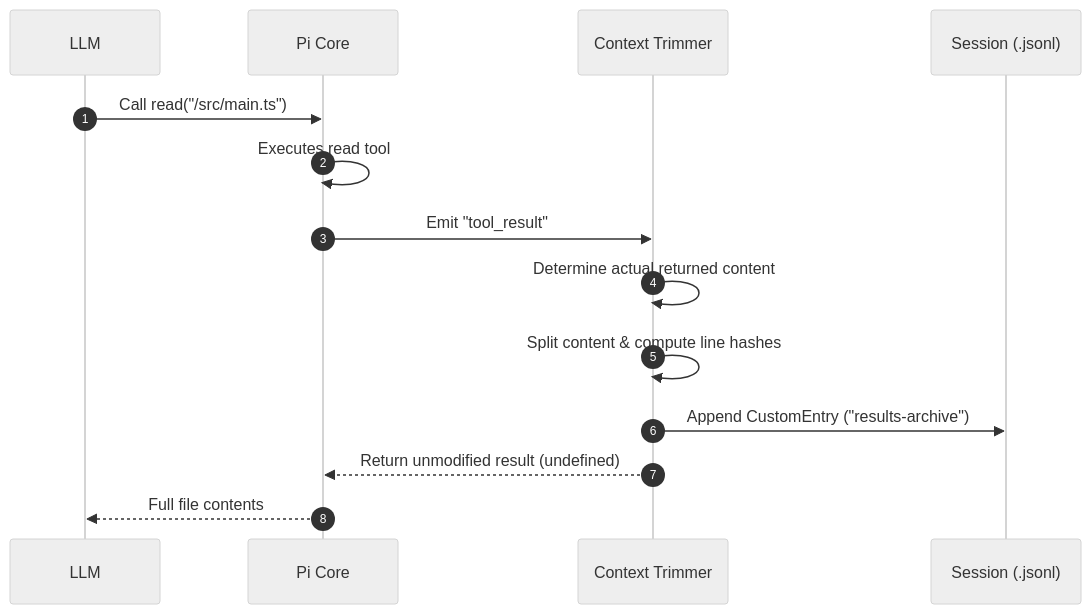
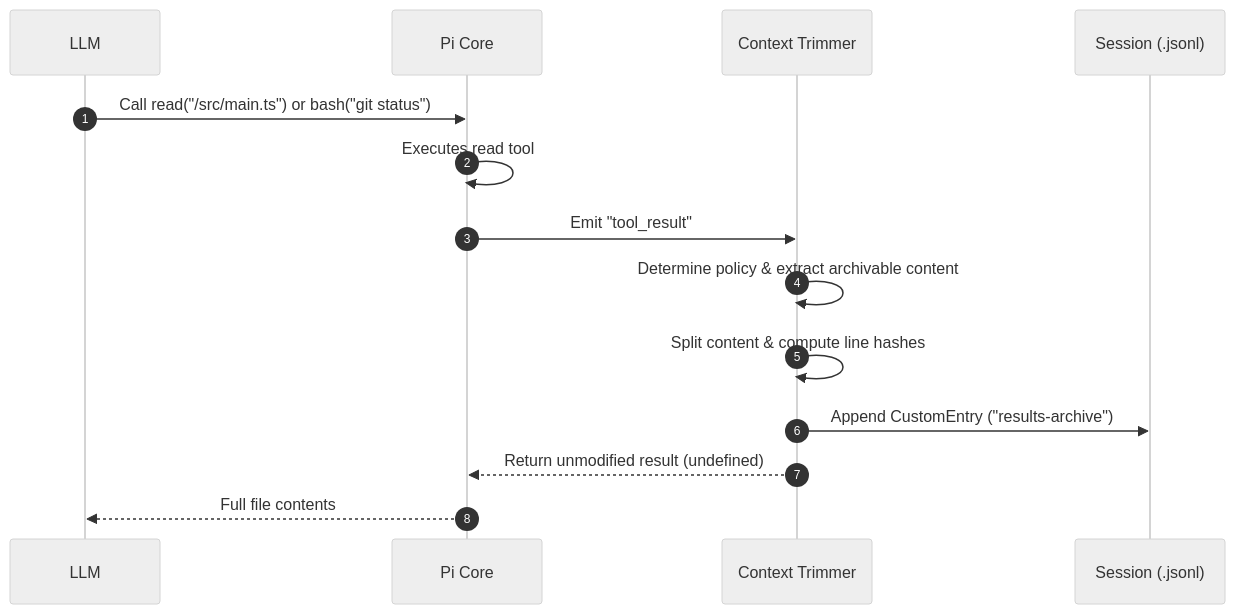
Before and after one commit to SkrOYC/context-trimmer: the second of 4 diagrams in docs/architecture.md, drawn with Mermaid (neutral theme). The commit also changed other lines of this file and 9 other files, not shown here.

````diff
--- a/docs/architecture.md
+++ b/docs/architecture.md
@@ -101,17 +103,17 @@
 ```mermaid
 sequenceDiagram
     autonumber
     participant LLM
     participant PiCore as Pi Core
     participant Ext as Context Trimmer
     participant Session as Session (.jsonl)
 
-    LLM->>PiCore: Call read("/src/main.ts")
+    LLM->>PiCore: Call read("/src/main.ts") or bash("git status")
     PiCore->>PiCore: Executes read tool
     PiCore->>Ext: Emit "tool_result"
-    Ext->>Ext: Determine actual returned content
+    Ext->>Ext: Determine policy & extract archivable content
     Ext->>Ext: Split content & compute line hashes
     Ext->>Session: Append CustomEntry ("results-archive")
     Ext-->>PiCore: Return unmodified result (undefined)
     PiCore-->>LLM: Full file contents
 ```
````
